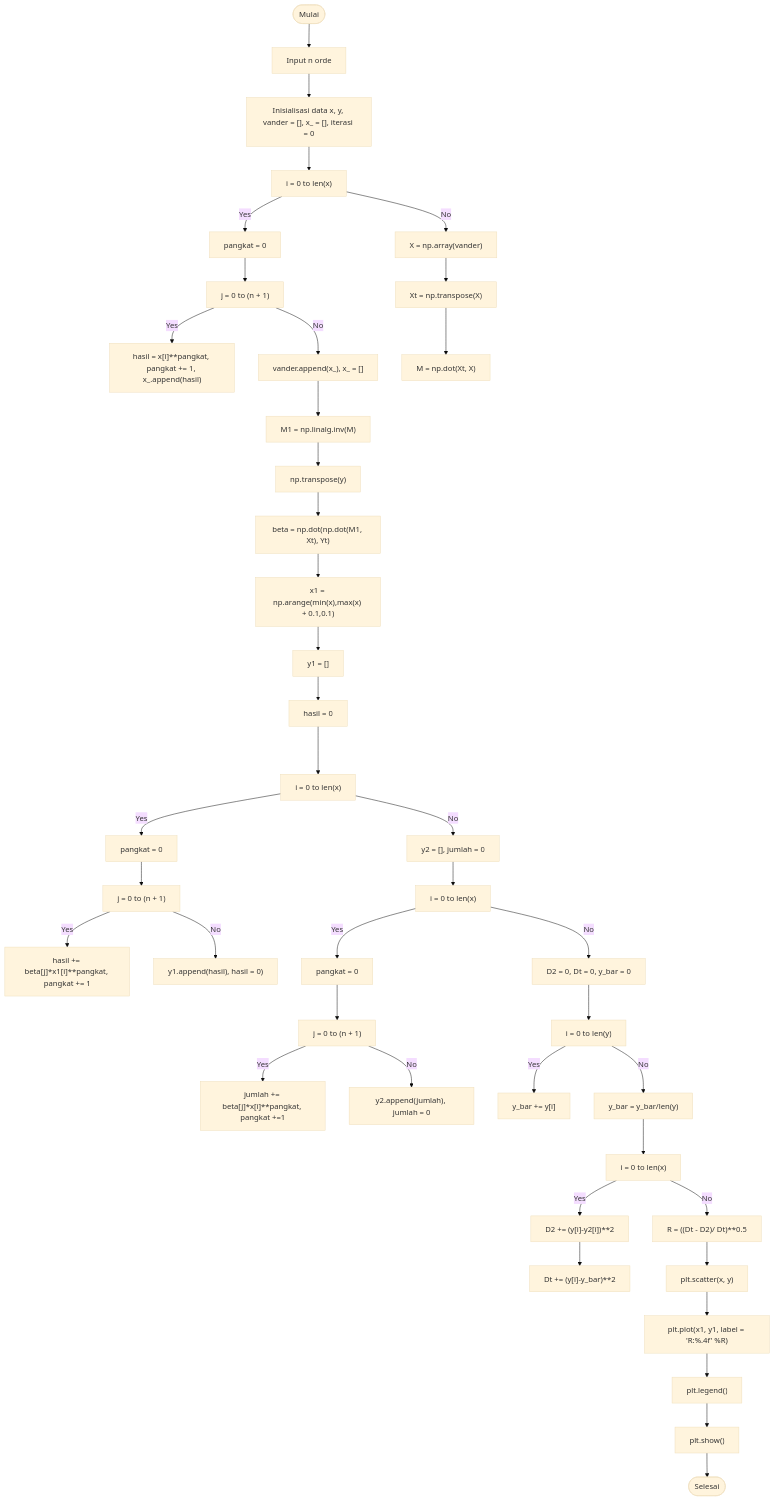
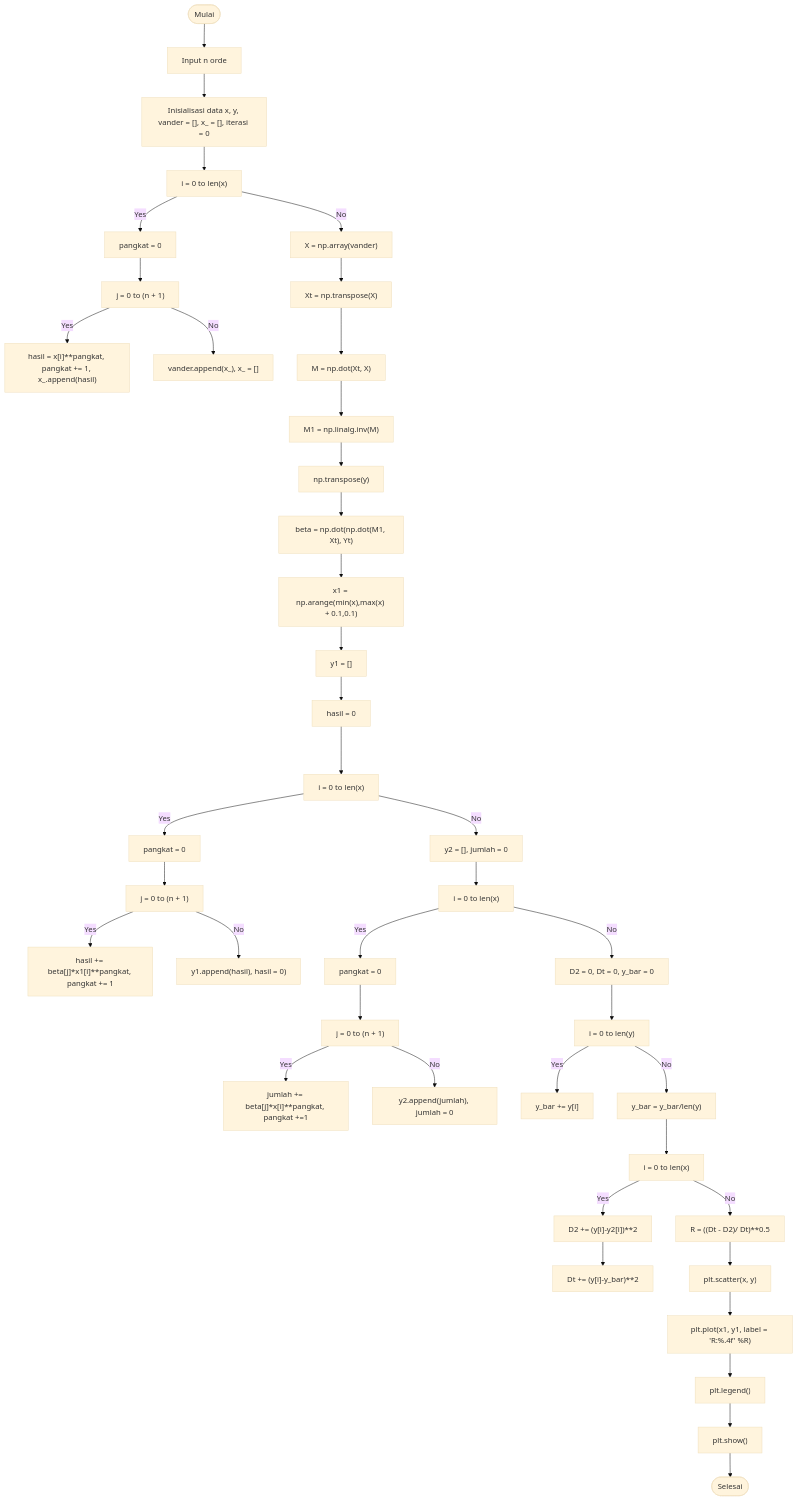
Before and after one commit to aslabkomfis/Komputasi-Numerik-24-25: the diagram in Regresi.mmd, drawn with Mermaid (base theme).

```diff
--- a/Regresi.mmd
+++ b/Regresi.mmd
@@ -1,45 +1,45 @@
 graph TD
   A([Mulai]) --> B["Input n orde"]
   B --> C["Inisialisasi data x, y, vander = [], x_ = [], iterasi = 0"]
   C --> D["i = 0 to len(x)"]
   D -- No --> E["X = np.array(vander)"]
   D -- Yes --> Z["pangkat = 0"]
   Z --> AA["j = 0 to (n + 1)"]
   AA -- Yes --> AB["hasil = x[i]**pangkat, pangkat += 1, x_.append(hasil)"]
   AA --No --> AC["vander.append(x_), x_ = []"]
   E --> F[" Xt = np.transpose(X)"]
   F --> AAD["M = np.dot(Xt, X)"]
-  AC --> AD["M1 = np.linalg.inv(M)"]
+  AAD --> AD["M1 = np.linalg.inv(M)"]
   AD --> AE["np.transpose(y)"]
   AE --> AF["beta = np.dot(np.dot(M1, Xt), Yt)"]
   AF --> AG["x1 = np.arange(min(x),max(x) + 0.1,0.1)"]
   AG --> AH["y1 = []"]
   AH --> AI["hasil = 0"]
   AI ---> AJ["i = 0 to len(x)"]
   AJ -- Yes --> G["pangkat = 0"]
   G --> H["j = 0 to (n + 1)"]
   H -- Yes --> J["hasil += beta[j]*x1[i]**pangkat, pangkat += 1"]
   H -- No --> I["y1.append(hasil), hasil = 0)"]
   AJ -- No --> AK["y2 = [], jumlah = 0"]
   AK --> AL["i = 0 to len(x)"]
   AL -- Yes --> AM["pangkat = 0"]
   AM --> AN["j = 0 to (n + 1)"]
   AN -- Yes --> AO["jumlah += beta[j]*x[i]**pangkat, pangkat +=1"]
   AN -- No --> AP["y2.append(jumlah), jumlah = 0"]
   AL -- No --> AQ["D2 = 0, Dt = 0, y_bar = 0"]
   AQ --> AS["i = 0 to len(y)"]
   AS -- Yes --> AT["y_bar += y[i]"]
   AS -- No --> AU["y_bar = y_bar/len(y)"]
   AU --> AV["i = 0 to len(x)"]
   AV -- Yes --> AW["D2 += (y[i]-y2[i])**2"]
   AW --> AX["Dt += (y[i]-y_bar)**2"]
   AV -- No --> AY["R = ((Dt - D2)/ Dt)**0.5"]
   AY --> AZ["plt.scatter(x, y)"]
   AZ --> AAA["plt.plot(x1, y1, label = 'R:%.4f' %R)"]
   AAA --> AAB["plt.legend()"]
   AAB --> AAC["plt.show()"]
 
 
   
   
   AAC --> O([Selesai])
```
